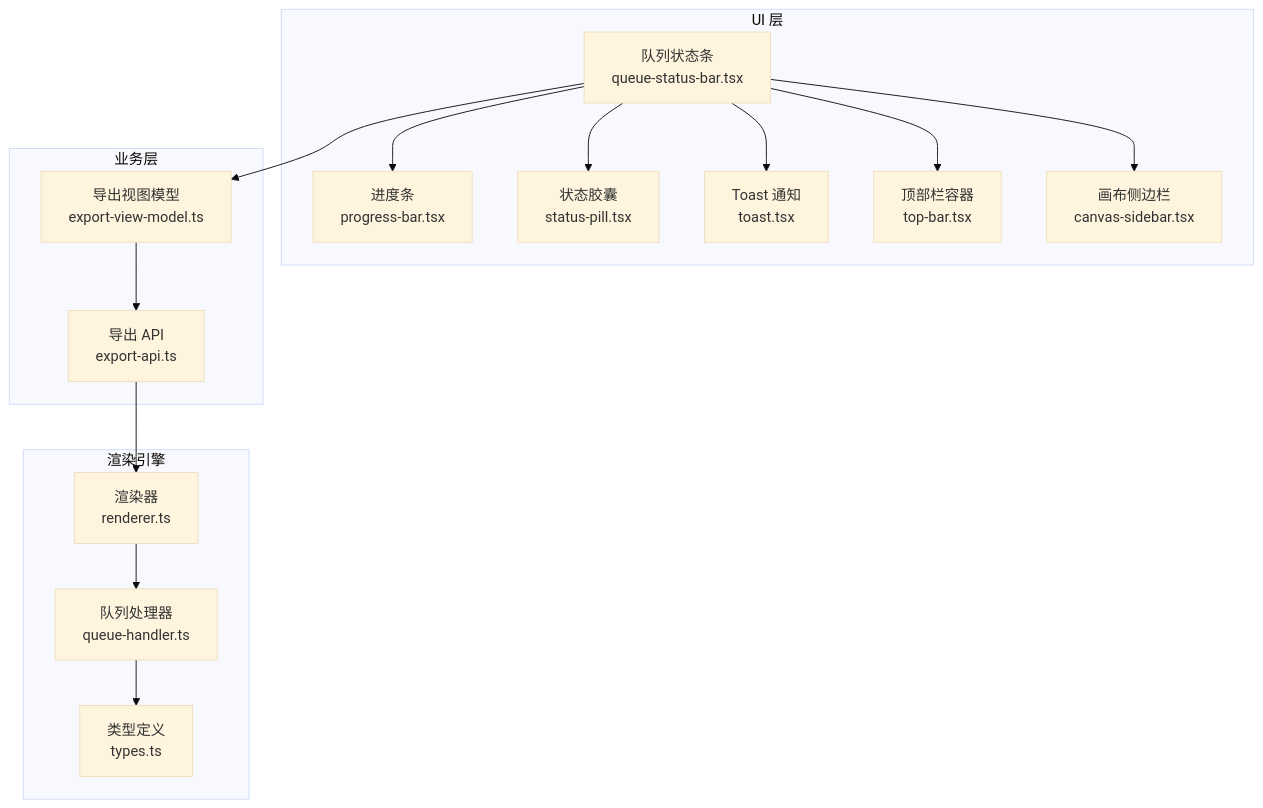
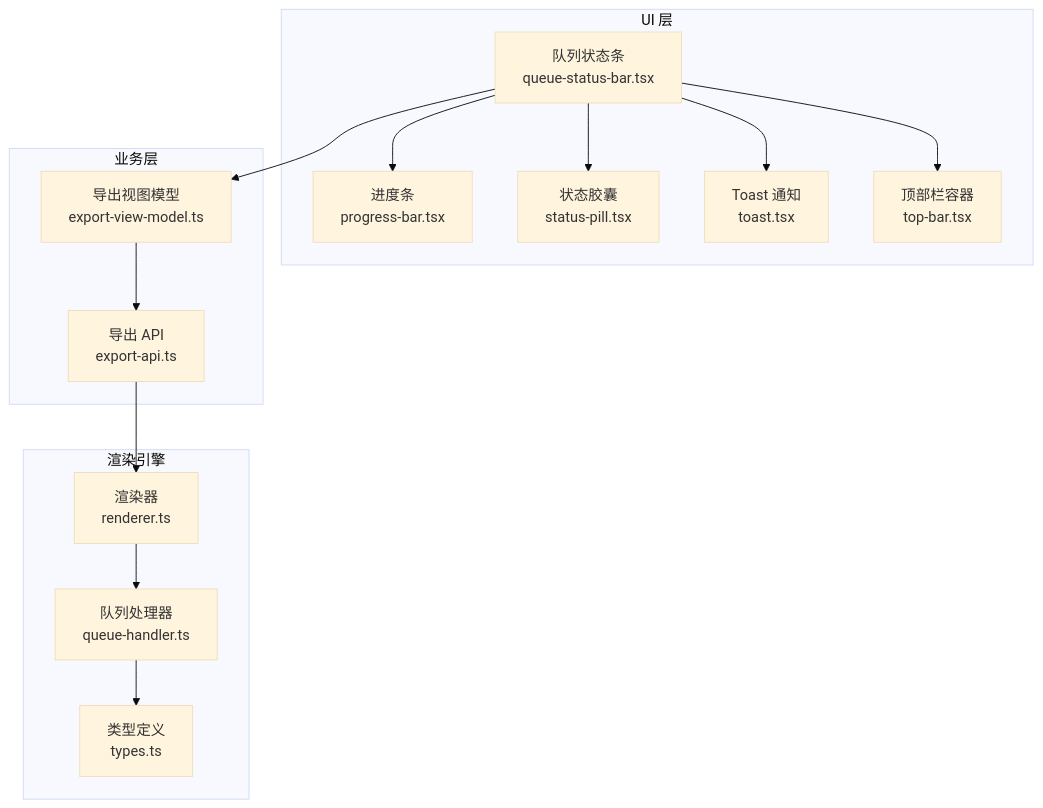
One commit to AIMFllyYS/code-video-canvas changed the first of 4 diagrams in .qoder/repowiki/zh/content/UI 组件库/业务组件/队列状态条组件.md. Above: the diagram before and after it, drawn with Mermaid (base theme). The commit also changed other lines of this file and 44 other files, not shown here.

````diff
--- a/.qoder/repowiki/zh/content/UI 组件库/业务组件/队列状态条组件.md
+++ b/.qoder/repowiki/zh/content/UI 组件库/业务组件/队列状态条组件.md
@@ -41,30 +49,28 @@
 ```mermaid
 graph TB
 subgraph "UI 层"
 QSB["队列状态条<br/>queue-status-bar.tsx"]
 PB["进度条<br/>progress-bar.tsx"]
 SP["状态胶囊<br/>status-pill.tsx"]
 TOAST["Toast 通知<br/>toast.tsx"]
 TOPBAR["顶部栏容器<br/>top-bar.tsx"]
-SIDEBAR["画布侧边栏<br/>canvas-sidebar.tsx"]
 end
 subgraph "业务层"
 EVM["导出视图模型<br/>export-view-model.ts"]
 EAPI["导出 API<br/>export-api.ts"]
 end
 subgraph "渲染引擎"
 REND["渲染器<br/>renderer.ts"]
 QH["队列处理器<br/>queue-handler.ts"]
 TYPES["类型定义<br/>types.ts"]
 end
 QSB --> PB
 QSB --> SP
 QSB --> TOAST
 QSB --> TOPBAR
-QSB --> SIDEBAR
 QSB --> EVM
 EVM --> EAPI
 EAPI --> REND
 REND --> QH
 QH --> TYPES
 ```
````
